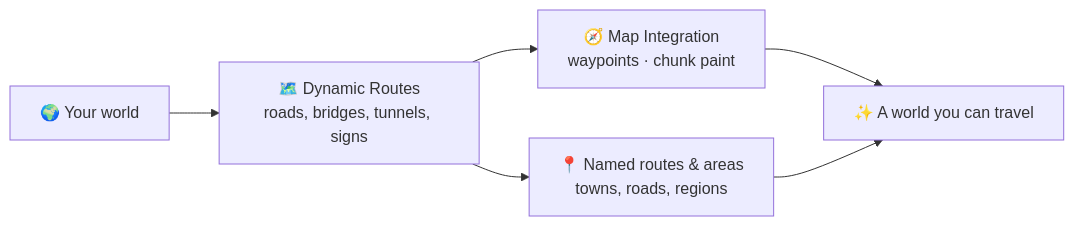
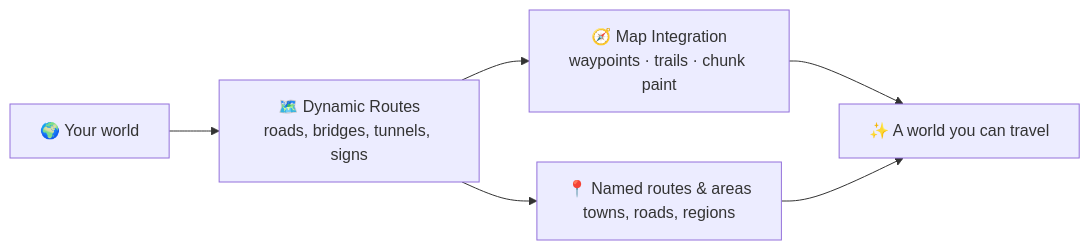
One commit to manucruzleiva/mod-wiki changed the diagram in docs/routes/index.md. Above: the diagram before and after it, drawn with Mermaid. The commit also changed other lines of this file and 13 other files, not shown here.

````diff
--- a/docs/routes/index.md
+++ b/docs/routes/index.md
@@ -24,8 +24,8 @@
 ```mermaid
 flowchart LR
     W[🌍 Your world] --> R[🗺️ Dynamic Routes<br/>roads, bridges, tunnels, signs]
-    R --> M[🧭 Map Integration<br/>waypoints · chunk paint]
+    R --> M[🧭 Map Integration<br/>waypoints · trails · chunk paint]
     R --> Z[📍 Named routes & areas<br/>towns, roads, regions]
     M --> RPG[✨ A world you can travel]
     Z --> RPG
 ```
````
